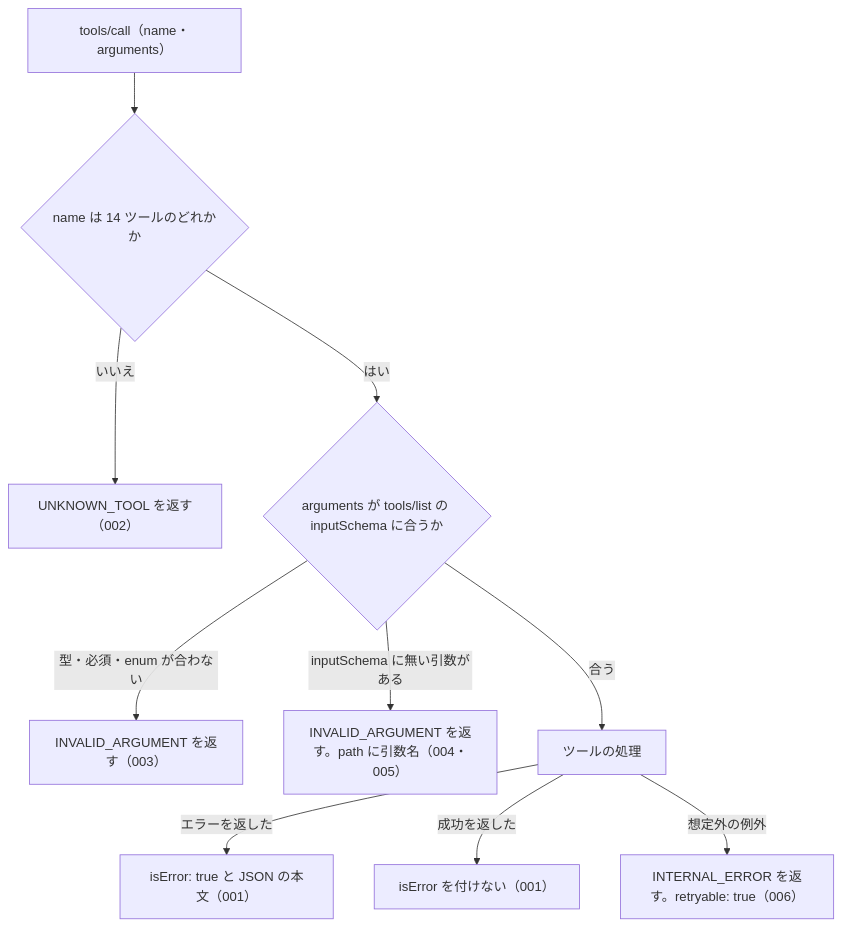
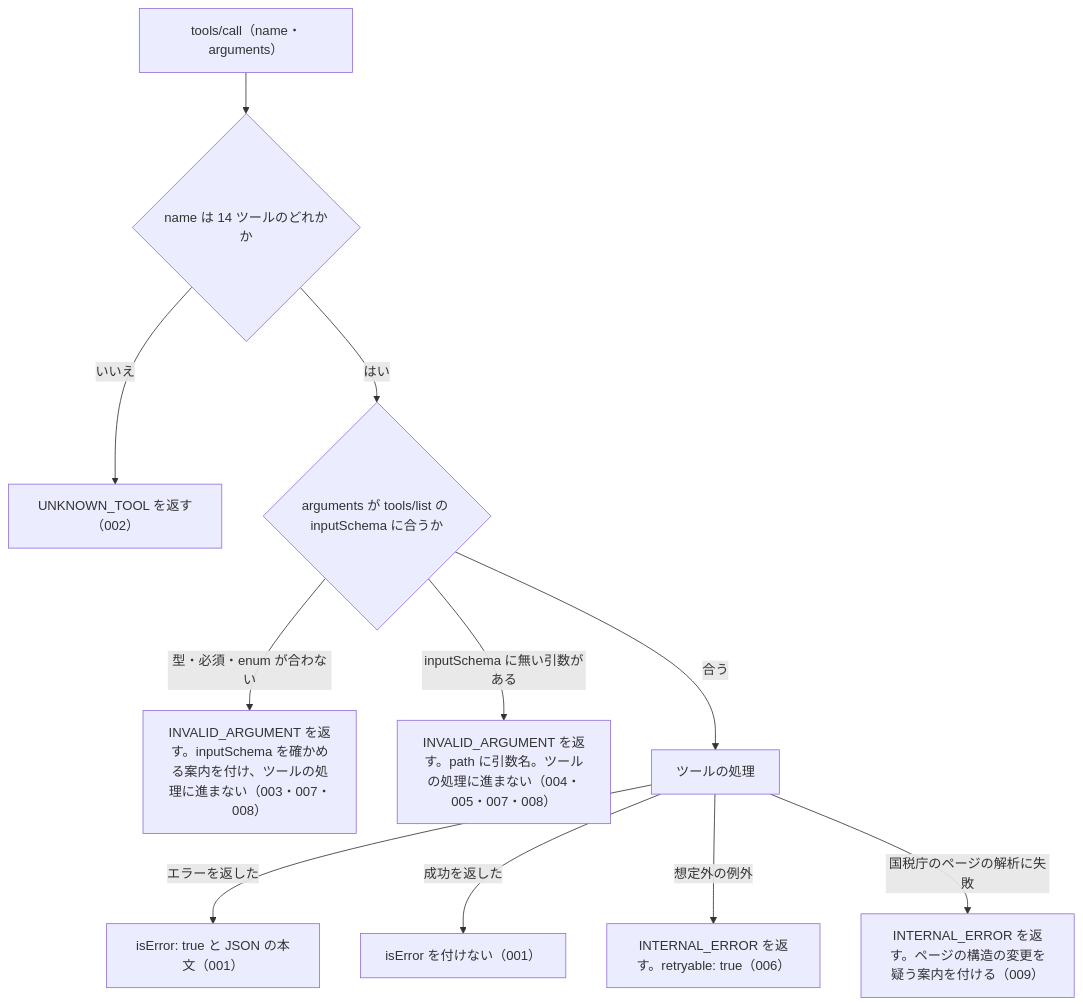
One commit to shuji-bonji/houki-nta-mcp changed the diagram in specs/current/common_errors/spec.md. Above: the diagram before and after it, drawn with Mermaid. The commit also changed other lines of this file and 45 other files, not shown here.

````diff
--- a/specs/current/common_errors/spec.md
+++ b/specs/current/common_errors/spec.md
@@ -74,12 +74,13 @@
 ```mermaid
 flowchart TD
   A["tools/call（name・arguments）"] --> B{"name は 14 ツールのどれかか"}
   B -- いいえ --> E1["UNKNOWN_TOOL を返す（002）"]
   B -- はい --> C{"arguments が tools/list の inputSchema に合うか"}
-  C -- "型・必須・enum が合わない" --> E2["INVALID_ARGUMENT を返す（003）"]
-  C -- "inputSchema に無い引数がある" --> E3["INVALID_ARGUMENT を返す。path に引数名（004・005）"]
+  C -- "型・必須・enum が合わない" --> E2["INVALID_ARGUMENT を返す。inputSchema を確かめる案内を付け、ツールの処理に進まない（003・007・008）"]
+  C -- "inputSchema に無い引数がある" --> E3["INVALID_ARGUMENT を返す。path に引数名。ツールの処理に進まない（004・005・007・008）"]
   C -- 合う --> D["ツールの処理"]
   D -- "エラーを返した" --> F["isError: true と JSON の本文（001）"]
   D -- "成功を返した" --> G["isError を付けない（001）"]
   D -- "想定外の例外" --> E4["INTERNAL_ERROR を返す。retryable: true（006）"]
+  D -- "国税庁のページの解析に失敗" --> E5["INTERNAL_ERROR を返す。ページの構造の変更を疑う案内を付ける（009）"]
 ```
````
